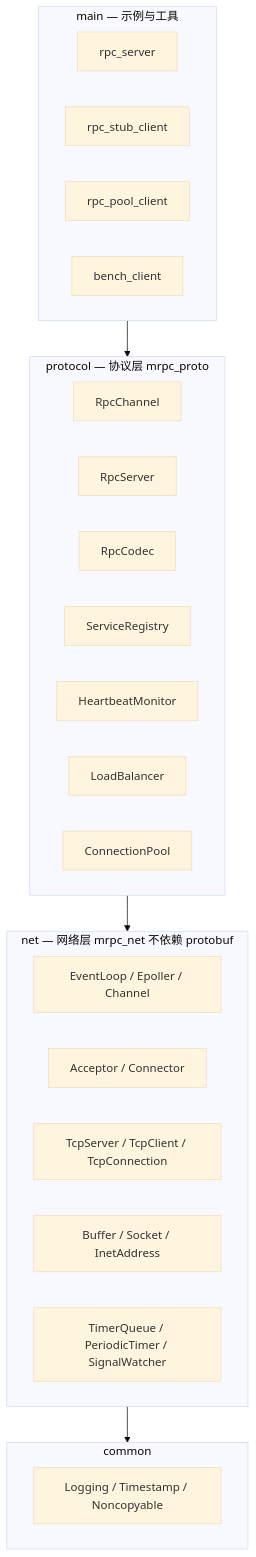
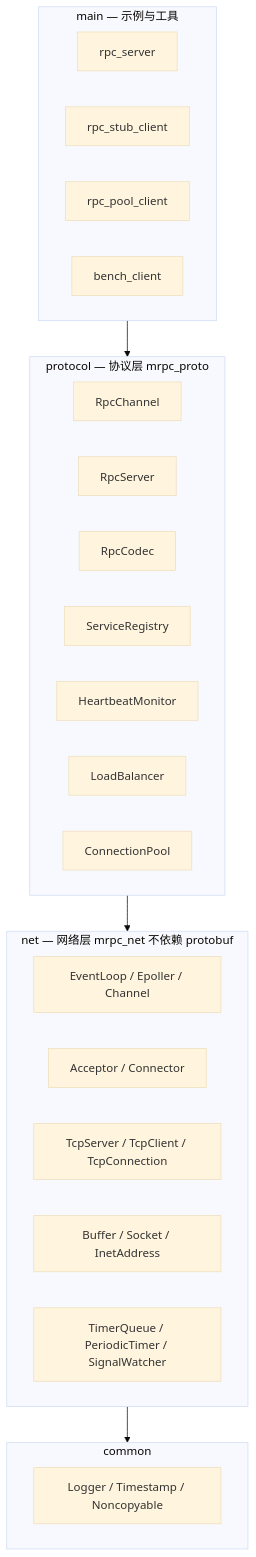
One commit to TiptopCash/mini-rpc changed the first of 4 diagrams in README.md. Above: the diagram before and after it, drawn with Mermaid (base theme). The commit also changed other lines of this file and 1 other file, not shown here.

````diff
--- a/README.md
+++ b/README.md
@@ -72,29 +72,29 @@
 ```mermaid
 graph TB
     subgraph L1["main — 示例与工具"]
         A1["rpc_server"]
         A2["rpc_stub_client"]
         A3["rpc_pool_client"]
         A4["bench_client"]
     end
     subgraph L2["protocol — 协议层 mrpc_proto"]
         B1["RpcChannel"]
         B2["RpcServer"]
         B3["RpcCodec"]
         B4["ServiceRegistry"]
         B5["HeartbeatMonitor"]
         B6["LoadBalancer"]
         B7["ConnectionPool"]
     end
     subgraph L3["net — 网络层 mrpc_net 不依赖 protobuf"]
         C1["EventLoop / Epoller / Channel"]
         C2["Acceptor / Connector"]
         C3["TcpServer / TcpClient / TcpConnection"]
         C4["Buffer / Socket / InetAddress"]
         C5["TimerQueue / PeriodicTimer / SignalWatcher"]
     end
     subgraph L4["common"]
-        D1["Logging / Timestamp / Noncopyable"]
+        D1["Logger / Timestamp / Noncopyable"]
     end
     L1 --> L2 --> L3 --> L4
 ```
````
